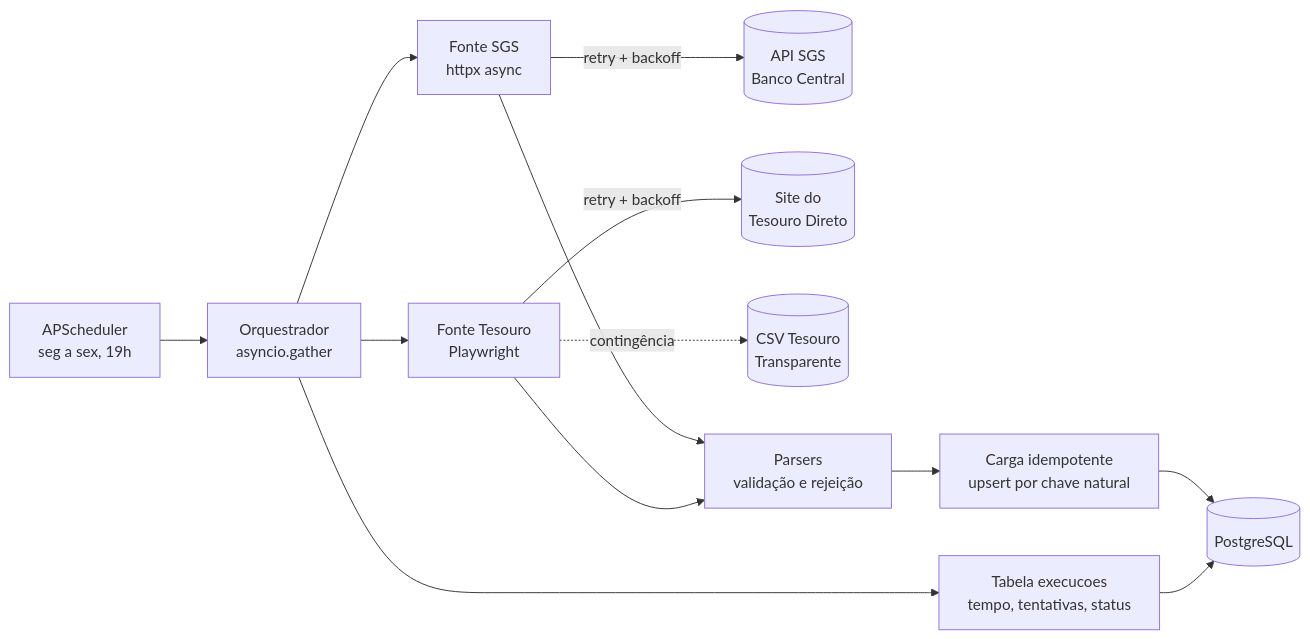
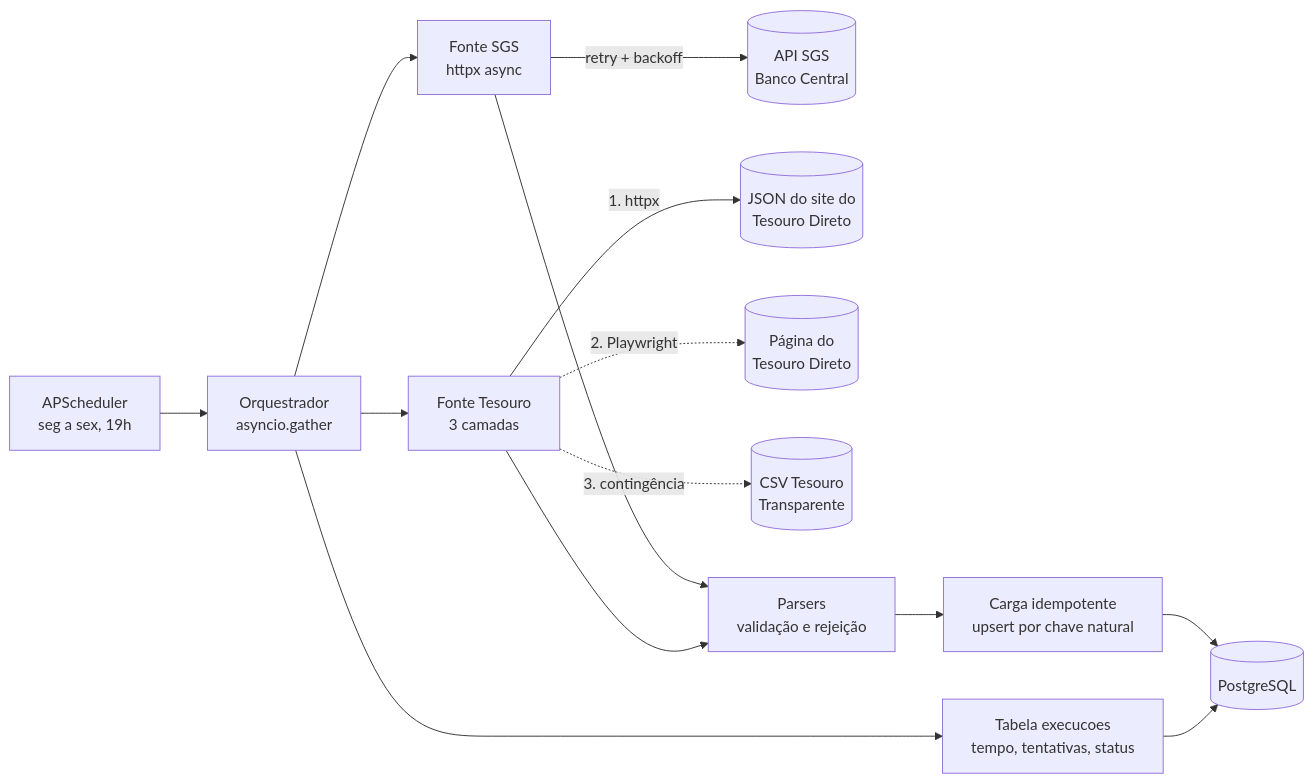
The diagram in README.md (viniciustakeuchi/coletor-taxas-indicadores), drawn with Mermaid before and after one commit. The commit also changed other lines of this file and 9 other files, not shown here.

First line of the commit message:
Fonte Tesouro: usa a nova API do site, com Playwright e CSV como contingência

````diff
--- a/README.md
+++ b/README.md
@@ -19,15 +19,16 @@
 ```mermaid
 flowchart LR
     A[APScheduler<br/>seg a sex, 19h] --> O[Orquestrador<br/>asyncio.gather]
     O --> S[Fonte SGS<br/>httpx async]
-    O --> T[Fonte Tesouro<br/>Playwright]
+    O --> T[Fonte Tesouro<br/>3 camadas]
     S -->|retry + backoff| BCB[(API SGS<br/>Banco Central)]
-    T -->|retry + backoff| TD[(Site do<br/>Tesouro Direto)]
-    T -.->|contingência| TT[(CSV Tesouro<br/>Transparente)]
+    T -->|1. httpx| TD[(JSON do site do<br/>Tesouro Direto)]
+    T -.->|2. Playwright| PG[(Página do<br/>Tesouro Direto)]
+    T -.->|3. contingência| TT[(CSV Tesouro<br/>Transparente)]
     S --> V[Parsers<br/>validação e rejeição]
     T --> V
     V --> C[Carga idempotente<br/>upsert por chave natural]
     C --> P[(PostgreSQL)]
     O --> E[Tabela execucoes<br/>tempo, tentativas, status]
     E --> P
 ```
````
